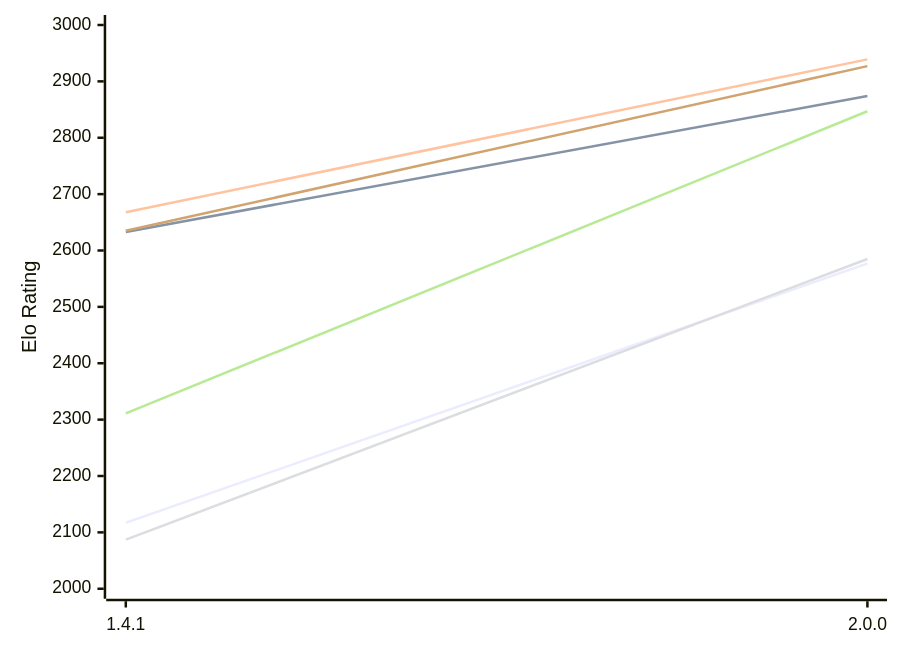
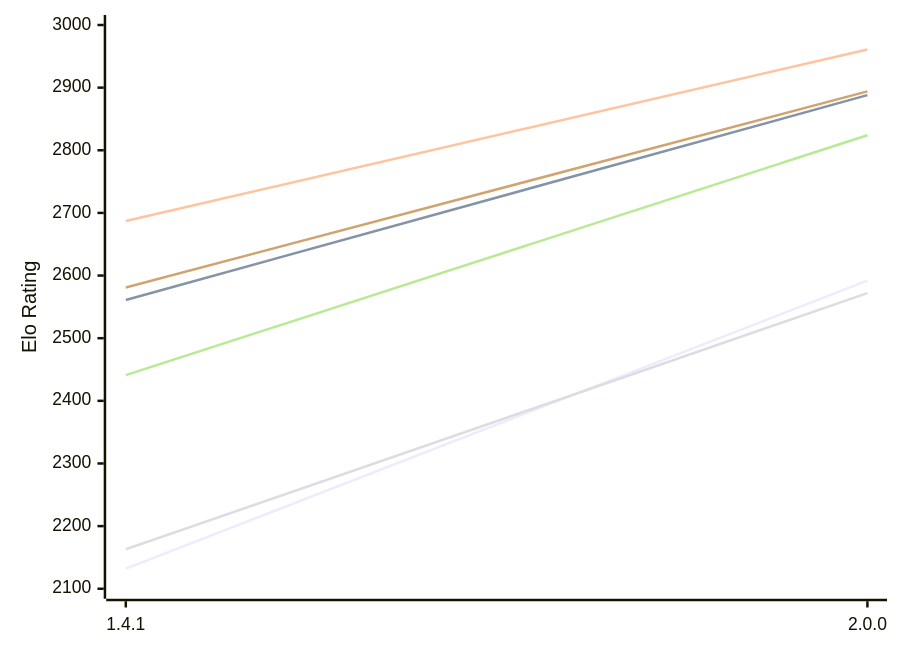
One commit to computer-chess-index/cci changed the first of 2 diagrams in engines/Chal.md. Above: the diagram before and after it, drawn with Mermaid. The commit also changed other lines of this file, not shown here.

Commit message:
Update CCI Ratings (ELO VLTC) - 2026-11-14

````diff
--- a/engines/Chal.md
+++ b/engines/Chal.md
@@ -55,12 +55,12 @@
 ```mermaid
 %%{init: {"theme":"base","themeVariables":{"seriesColors:['#a3a3a3','#222221','#faa371']}}}%%
 xychart-beta
   x-axis ["1.4.1", "2.0.0"]
-  y-axis "Elo Rating" 2000 --> 3000
-  line "E1: STC (8.0+0.08s)" [2117, 2577]
-  line "E1: LTC (60.0+0.60s)" [2633, 2874]
-  line "E1: VLTC (2m24s+1.12s)" [2668, 2939]
-  line "P1: STC (8.0+0.08s)" [2087, 2585]
-  line "P1: LTC (60.0+0.60s)" [2311, 2847]
-  line "P1: VLTC (2m24s+1.12s)" [2635, 2927]
+  y-axis "Elo Rating" 2100 --> 3000
+  line "E1: STC (8.0+0.08s)" [2132, 2592]
+  line "E1: LTC (60.0+0.60s)" [2561, 2888]
+  line "E1: VLTC (2m24s+1.12s)" [2687, 2961]
+  line "P1: STC (8.0+0.08s)" [2163, 2572]
+  line "P1: LTC (60.0+0.60s)" [2441, 2824]
+  line "P1: VLTC (2m24s+1.12s)" [2581, 2894]
 ```
````
